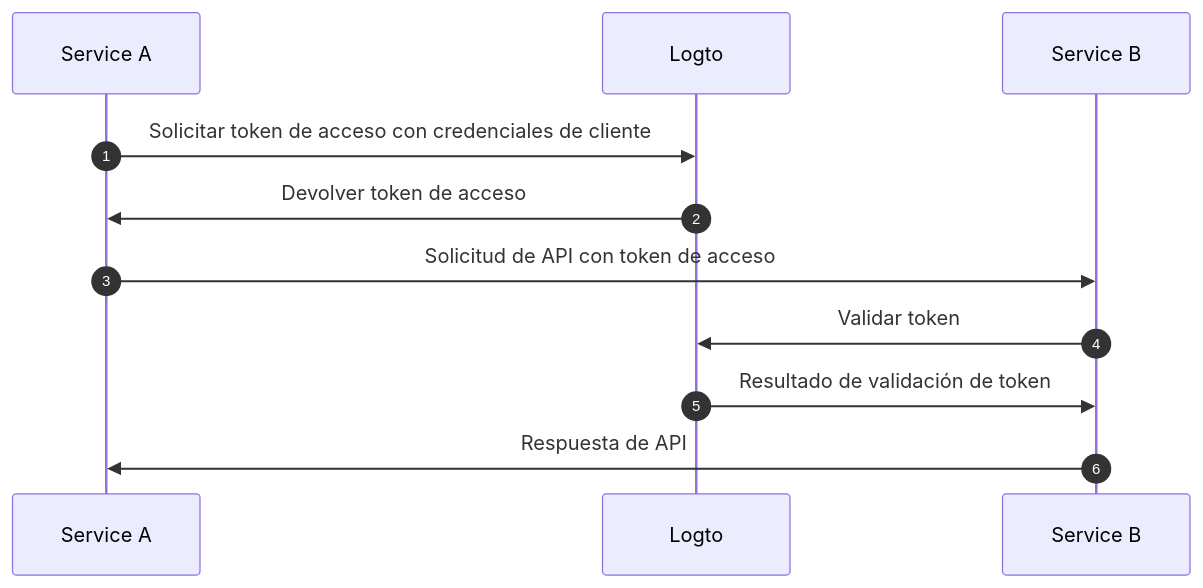
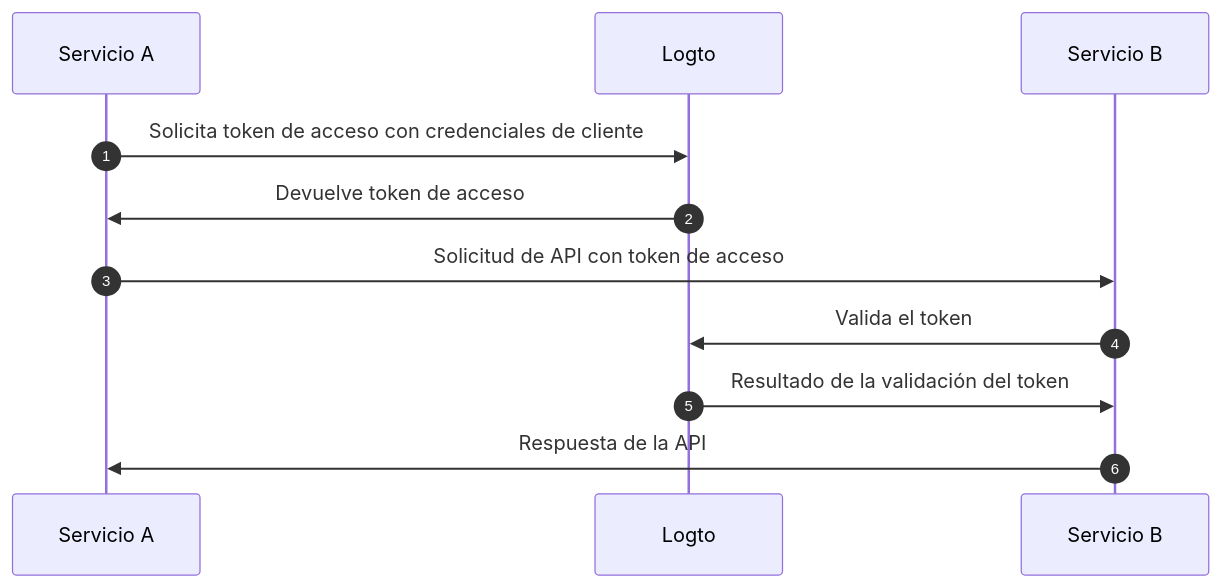
Before and after one commit to logto-io/docs: the second of 4 diagrams in i18n/es/docusaurus-plugin-content-docs/current/integrate-logto/integrate-logto-into-your-application/understand-authentication-flow.mdx, drawn with Mermaid. The commit also changed other lines of this file and 44 other files, not shown here.

````diff
--- a/i18n/es/docusaurus-plugin-content-docs/current/integrate-logto/integrate-logto-into-your-application/understand-authentication-flow.mdx
+++ b/i18n/es/docusaurus-plugin-content-docs/current/integrate-logto/integrate-logto-into-your-application/understand-authentication-flow.mdx
@@ -42,14 +42,14 @@
 ```mermaid
 sequenceDiagram
     autonumber
-    participant Service A
+    participant Servicio A
     participant Logto
-    participant Service B
+    participant Servicio B
 
-    Service A->>Logto: Solicitar token de acceso con credenciales de cliente
-    Logto->>Service A: Devolver token de acceso
-    Service A->>Service B: Solicitud de API con token de acceso
-    Service B->>Logto: Validar token
-    Logto->>Service B: Resultado de validación de token
-    Service B->>Service A: Respuesta de API
+    Servicio A->>Logto: Solicita token de acceso con credenciales de cliente
+    Logto->>Servicio A: Devuelve token de acceso
+    Servicio A->>Servicio B: Solicitud de API con token de acceso
+    Servicio B->>Logto: Valida el token
+    Logto->>Servicio B: Resultado de la validación del token
+    Servicio B->>Servicio A: Respuesta de la API
 ```
````
